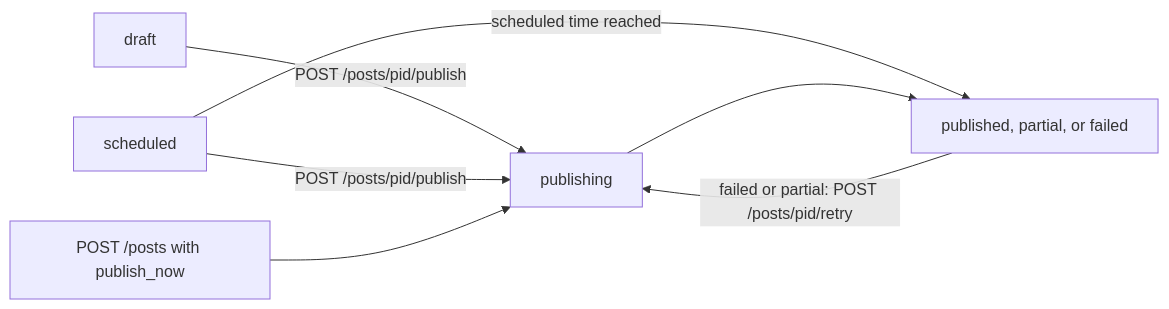
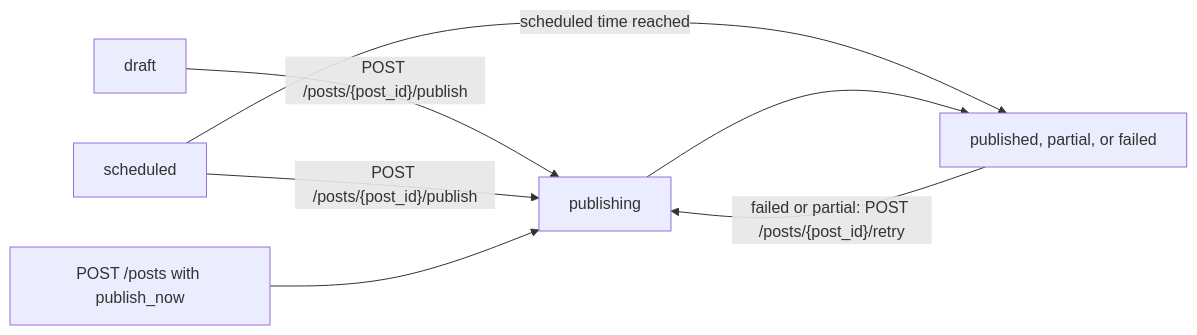
Before and after one commit to SocialAPI-AI/docs: the diagram in guides/delivery.mdx, drawn with Mermaid. The commit also changed other lines of this file and 68 other files, not shown here.

````diff
--- a/guides/delivery.mdx
+++ b/guides/delivery.mdx
@@ -141,9 +141,9 @@
 ```mermaid
 flowchart LR
-  A[draft] -->|POST /posts/pid/publish| D[publishing]
-  B[scheduled] -->|POST /posts/pid/publish| D
+  A[draft] -->|"POST /posts/{post_id}/publish"| D[publishing]
+  B[scheduled] -->|"POST /posts/{post_id}/publish"| D
   B -->|scheduled time reached| E[published, partial, or failed]
   C[POST /posts with publish_now] --> D
   D --> E
-  E -->|failed or partial: POST /posts/pid/retry| D
+  E -->|"failed or partial: POST /posts/{post_id}/retry"| D
 ```
````
